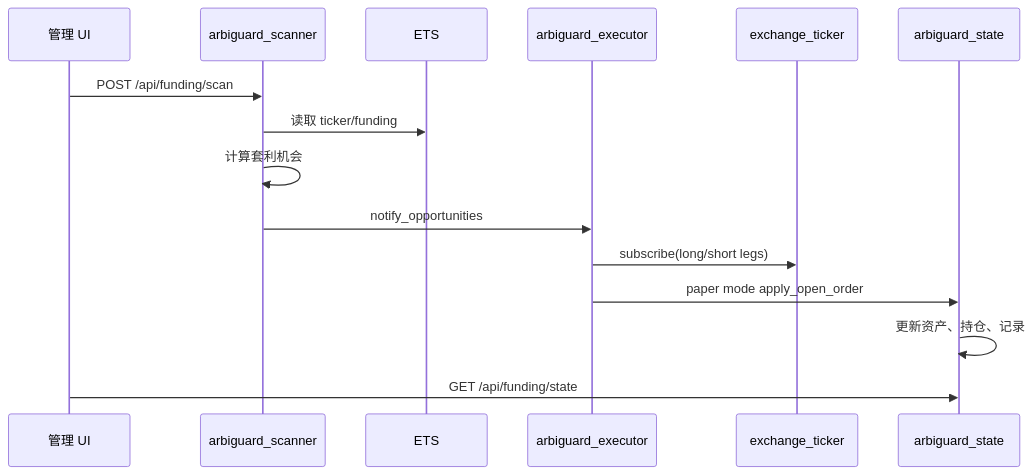
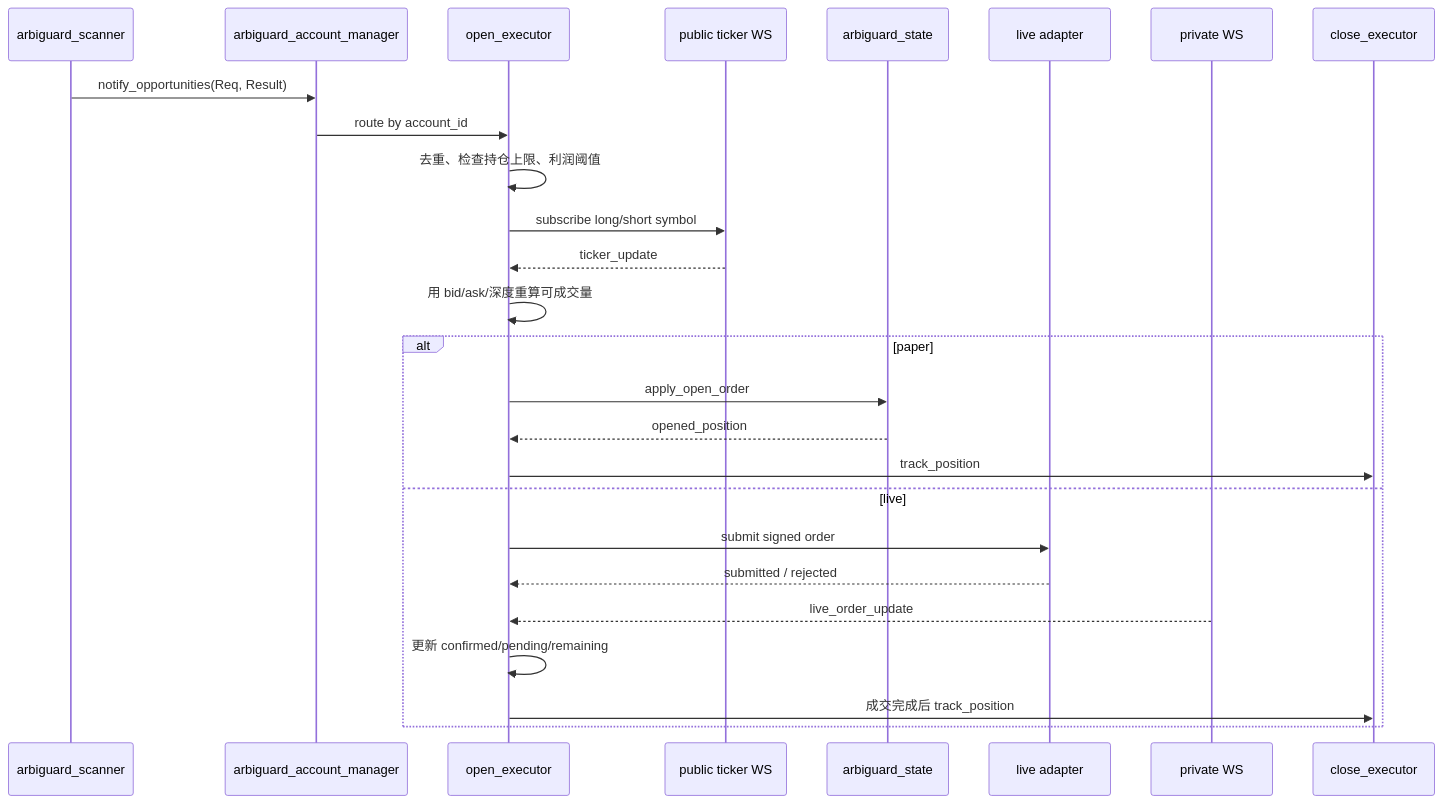
The fifth of 6 diagrams in docs/architecture.md (si229/ArbiGuard), drawn with Mermaid before and after one commit. The commit also changed other lines of this file and 11 other files, not shown here.

````diff
--- a/docs/architecture.md
+++ b/docs/architecture.md
@@ -122,18 +285,29 @@
 ```mermaid
 sequenceDiagram
-    participant UI as 管理 UI
     participant Scanner as arbiguard_scanner
-    participant ETS as ETS
-    participant Executor as arbiguard_executor
-    participant Ticker as exchange_ticker
-    participant State as arbiguard_state
+    participant Account as arbiguard_account_manager
+    participant Open as open_executor
+    participant Ticker as public ticker WS
+    participant Paper as arbiguard_state
+    participant Live as live adapter
+    participant Private as private WS
+    participant Close as close_executor
 
-    UI->>Scanner: POST /api/funding/scan
-    Scanner->>ETS: 读取 ticker/funding
-    Scanner->>Scanner: 计算套利机会
-    Scanner->>Executor: notify_opportunities
-    Executor->>Ticker: subscribe(long/short legs)
-    Executor->>State: paper mode apply_open_order
-    State->>State: 更新资产、持仓、记录
-    UI->>State: GET /api/funding/state
+    Scanner->>Account: notify_opportunities(Req, Result)
+    Account->>Open: route by account_id
+    Open->>Open: 去重、检查持仓上限、利润阈值
+    Open->>Ticker: subscribe long/short symbol
+    Ticker-->>Open: ticker_update
+    Open->>Open: 用 bid/ask/深度重算可成交量
+    alt paper
+        Open->>Paper: apply_open_order
+        Paper-->>Open: opened_position
+        Open->>Close: track_position
+    else live
+        Open->>Live: submit signed order
+        Live-->>Open: submitted / rejected
+        Private-->>Open: live_order_update
+        Open->>Open: 更新 confirmed/pending/remaining
+        Open->>Close: 成交完成后 track_position
+    end
 ```
````
